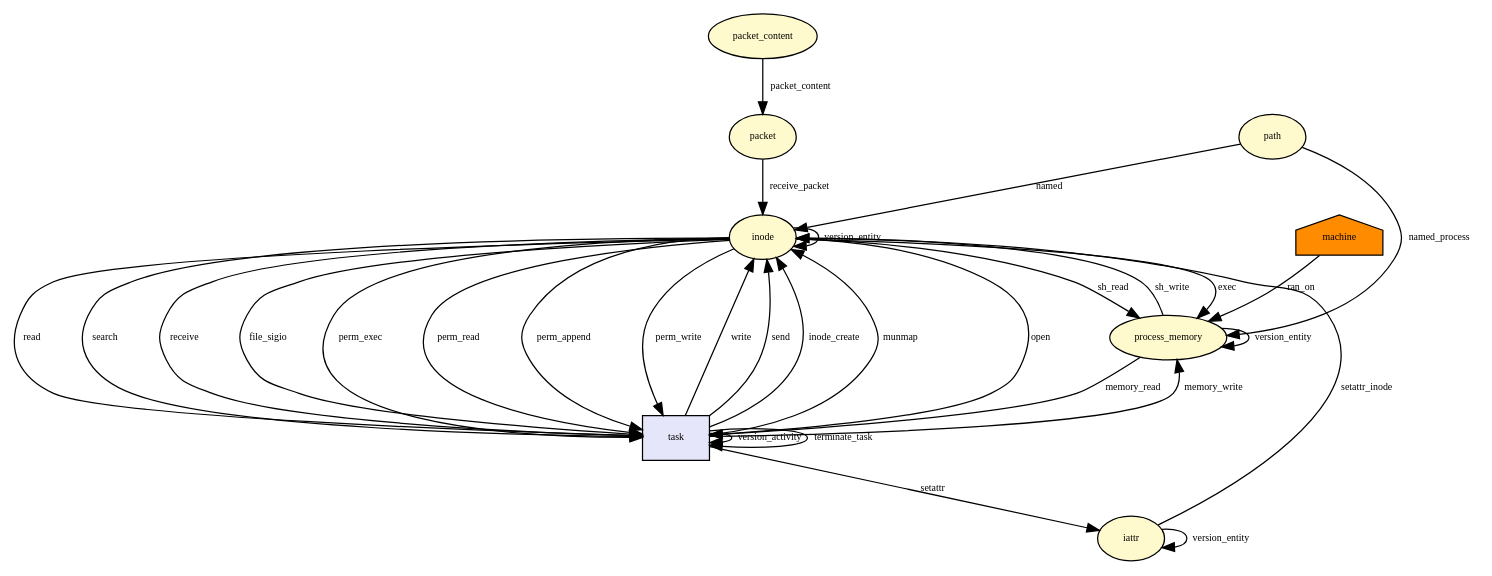
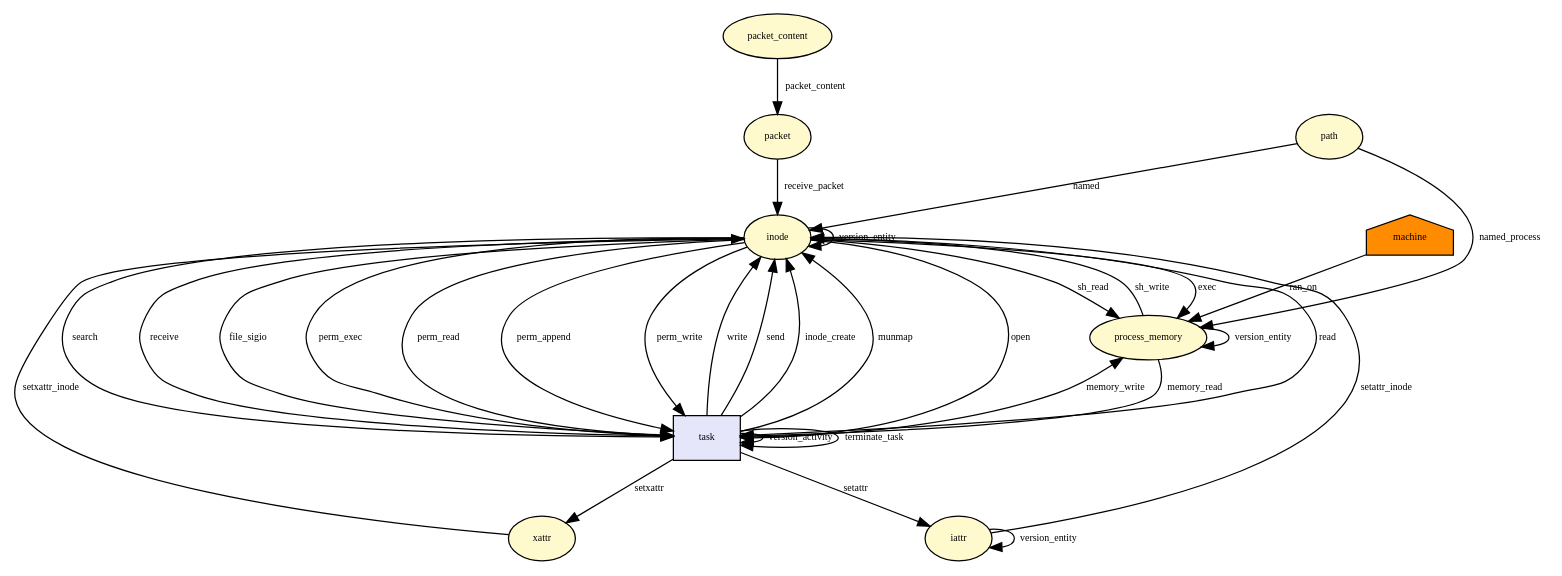
Before and after one commit to CamFlow/camflow-dev: the diagram in docs/dot/__x64_sys_execve.dot, drawn with Graphviz. The commit also changed 37 other files, not shown here.

```diff
--- a/docs/dot/__x64_sys_execve.dot
+++ b/docs/dot/__x64_sys_execve.dot
@@ -1,77 +1,83 @@
 digraph RGL__DirectedAdjacencyGraph {path[fontsize = 8,label = path,shape = ellipse, fillcolor="#fffacd", style = filled]
 
 inode[fontsize = 8,label = inode,shape = ellipse, fillcolor="#fffacd", style = filled]
 
 path -> inode[fontsize = 8,label = named]
 
 process_memory[fontsize = 8,label = process_memory,shape = ellipse, fillcolor="#fffacd", style = filled]
 
 inode -> process_memory[fontsize = 8,label = exec]
 
 process_memory -> process_memory[fontsize = 8,label = version_entity]
 
 path -> process_memory[fontsize = 8,label = named_process]
 
 machine[fontsize = 8,label = machine,shape = house, fillcolor="#ff8c00", style = filled]
 
 machine -> process_memory[fontsize = 8,label = ran_on]
 
 task[fontsize = 8,label = task,shape = rectangle, fillcolor="#e6e6fa", style = filled]
 
 inode -> task[fontsize = 8,label = open]
 
 task -> process_memory[fontsize = 8,label = memory_write]
 
 task -> task[fontsize = 8,label = version_activity]
 
 process_memory -> inode[fontsize = 8,label = sh_write]
 
 inode -> inode[fontsize = 8,label = version_entity]
 
 process_memory -> task[fontsize = 8,label = memory_read]
 
 task -> inode[fontsize = 8,label = write]
 
 inode -> process_memory[fontsize = 8,label = sh_read]
 
 inode -> task[fontsize = 8,label = read]
 
 inode -> task[fontsize = 8,label = search]
 
 task -> inode[fontsize = 8,label = send]
 
 inode -> task[fontsize = 8,label = receive]
 
 inode -> task[fontsize = 8,label = file_sigio]
 
 task -> inode[fontsize = 8,label = inode_create]
 
 inode -> task[fontsize = 8,label = perm_exec]
 
 inode -> task[fontsize = 8,label = perm_read]
 
 inode -> task[fontsize = 8,label = perm_append]
 
 inode -> task[fontsize = 8,label = perm_write]
 
+xattr[fontsize = 8,label = xattr,shape = ellipse, fillcolor="#fffacd", style = filled]
+
+task -> xattr[fontsize = 8,label = setxattr]
+
+xattr -> inode[fontsize = 8,label = setxattr_inode]
+
 iattr[fontsize = 8,label = iattr,shape = ellipse, fillcolor="#fffacd", style = filled]
 
 task -> iattr[fontsize = 8,label = setattr]
 
 iattr -> iattr[fontsize = 8,label = version_entity]
 
 iattr -> inode[fontsize = 8,label = setattr_inode]
 
 task -> inode[fontsize = 8,label = munmap]
 
 packet_content[fontsize = 8,label = packet_content,shape = ellipse, fillcolor="#fffacd", style = filled]
 
 packet[fontsize = 8,label = packet,shape = ellipse, fillcolor="#fffacd", style = filled]
 
 packet_content -> packet[fontsize = 8,label = packet_content]
 
 packet -> inode[fontsize = 8,label = receive_packet]
 
 task -> task[fontsize = 8,label = terminate_task]
 
 }
```
